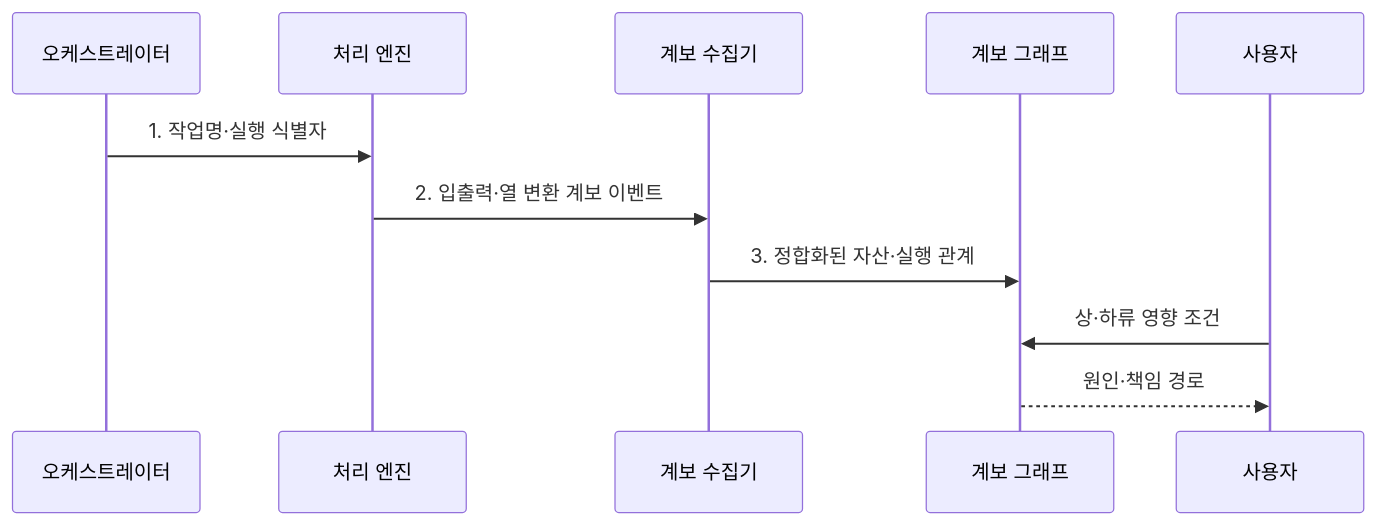
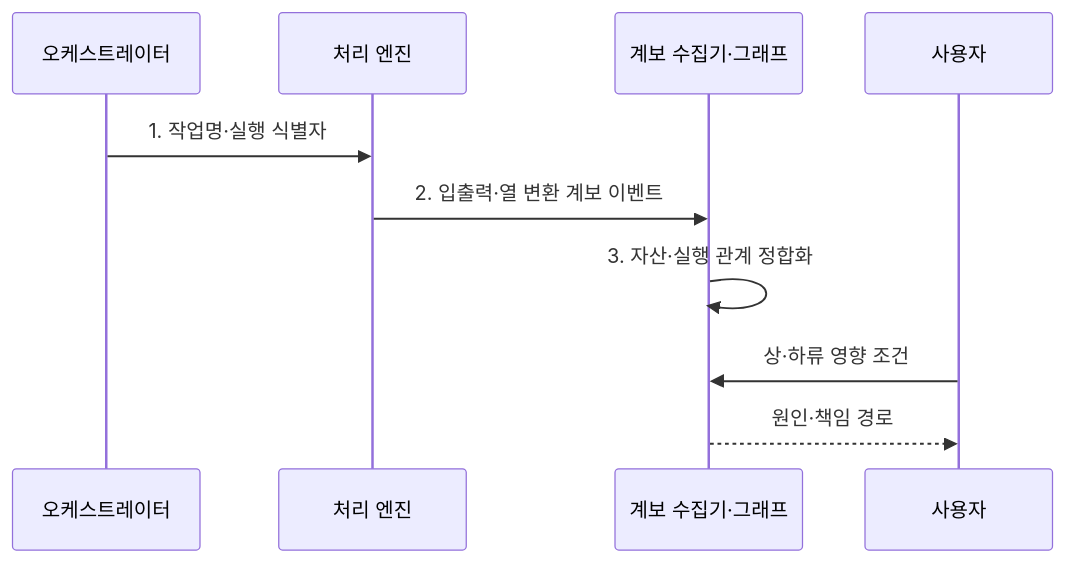
The second of 2 diagrams in src/content/docs/notes/03-software/134_data_lineage.md (agnusdei1207/knowledge-base), drawn with Mermaid before and after one commit. The commit also changed 9 other files, not shown here.

Commit message:
Trim data engineering diagram actors

````diff
--- a/src/content/docs/notes/03-software/134_data_lineage.md
+++ b/src/content/docs/notes/03-software/134_data_lineage.md
@@ -102,13 +102,12 @@
 ```mermaid
 sequenceDiagram
     participant O as 오케스트레이터
     participant E as 처리 엔진
-    participant C as 계보 수집기
-    participant G as 계보 그래프
+    participant G as 계보 수집기·그래프
     participant U as 사용자
     O->>E: 1. 작업명·실행 식별자
-    E->>C: 2. 입출력·열 변환 계보 이벤트
-    C->>G: 3. 정합화된 자산·실행 관계
+    E->>G: 2. 입출력·열 변환 계보 이벤트
+    G->>G: 3. 자산·실행 관계 정합화
     U->>G: 상·하류 영향 조건
     G-->>U: 원인·책임 경로
 ```
````
